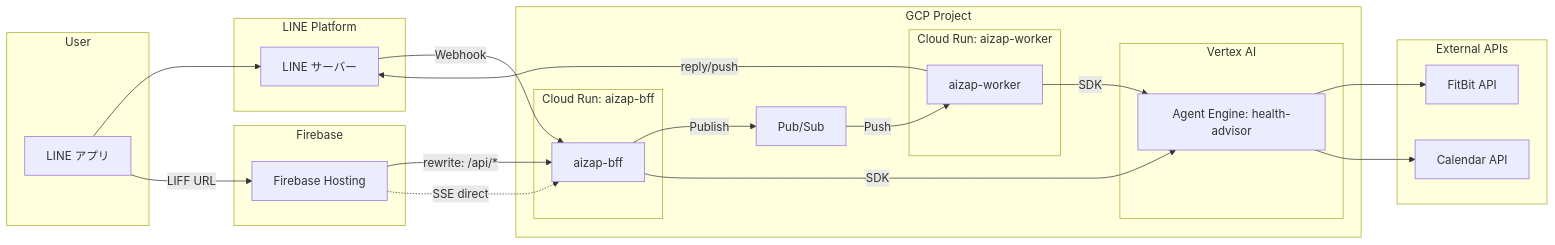
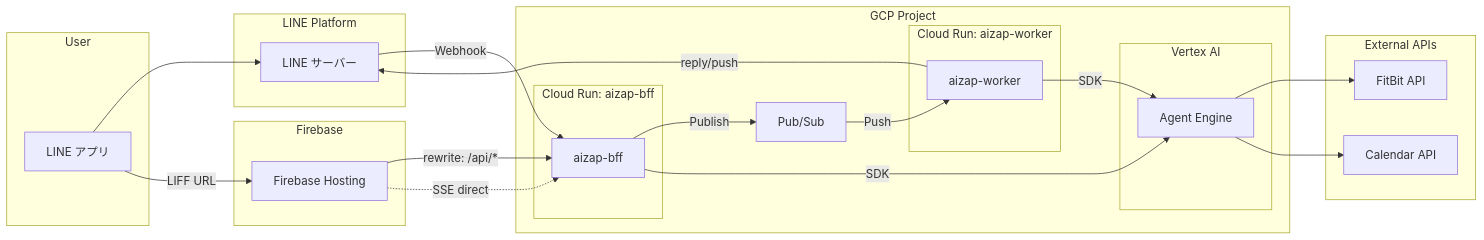
Before and after one commit to heyhey1028/aizap: the diagram in docs/architecture.md, drawn with Mermaid. The commit also changed other lines of this file, not shown here.

Commit message:
docs: make Agent Engine description support multiple agents

````diff
--- a/docs/architecture.md
+++ b/docs/architecture.md
@@ -10,55 +10,55 @@
 ```mermaid
 flowchart LR
     subgraph User["User"]
         LINEApp["LINE アプリ"]
     end
 
     subgraph LINE["LINE Platform"]
         LINEServer["LINE サーバー"]
     end
 
     subgraph Firebase["Firebase"]
         Hosting["Firebase Hosting"]
     end
 
     subgraph GCP["GCP Project"]
         subgraph CloudRunBFF["Cloud Run: aizap-bff"]
             BFF["aizap-bff"]
         end
 
         subgraph CloudRunWorker["Cloud Run: aizap-worker"]
             Worker["aizap-worker"]
         end
 
         PubSub["Pub/Sub"]
 
         subgraph VertexAI["Vertex AI"]
-            AgentEngine["Agent Engine: health-advisor"]
+            AgentEngine["Agent Engine"]
         end
     end
 
     subgraph External["External APIs"]
         FitBit["FitBit API"]
         Calendar["Calendar API"]
     end
 
     %% Webhook flow (async)
     LINEApp --> LINEServer
     LINEServer -->|"Webhook"| BFF
     BFF -->|"Publish"| PubSub
     PubSub -->|"Push"| Worker
     Worker -->|"SDK"| AgentEngine
     Worker -->|"reply/push"| LINEServer
 
     %% LIFF flow (sync)
     LINEApp -->|"LIFF URL"| Hosting
     Hosting -->|"rewrite: /api/*"| BFF
     BFF -->|"SDK"| AgentEngine
 
     %% SSE direct (CORS required)
     Hosting -.->|"SSE direct"| BFF
 
     %% Agent Engine dependencies
     AgentEngine --> FitBit
     AgentEngine --> Calendar
 ```
````
